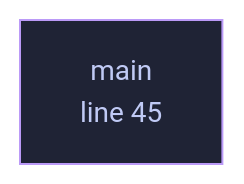
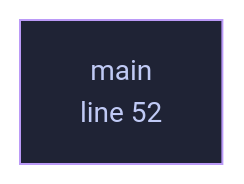
One commit to tilas01/veilvoice changed the diagram in docs/files/veilvoice-gui/main.md. Above: the diagram before and after it, drawn with Mermaid. The commit also changed other lines of this file and 56 other files, not shown here.

````diff
--- a/docs/files/veilvoice-gui/main.md
+++ b/docs/files/veilvoice-gui/main.md
@@ -72,8 +79,8 @@
 ```mermaid
 %%{init: {"theme":"base","themeVariables":{"background":"#1a1b26","primaryColor":"#1f2335","primaryTextColor":"#c0caf5","primaryBorderColor":"#7aa2f7","secondaryColor":"#16161e","tertiaryColor":"#16161e","lineColor":"#737aa2","textColor":"#c0caf5","mainBkg":"#1f2335","nodeBorder":"#7aa2f7","clusterBkg":"#16161e","clusterBorder":"#2f3549","fontFamily":"ui-monospace, SFMono-Regular, Consolas, monospace","fontSize":"14px"}}}%%
 flowchart TD
-    n_main["main<br/>line 45"]
-    click n_main href "https://github.com/tilas01/veilvoice/blob/main/crates/veilvoice-gui/src/main.rs#L45" "open the source"
+    n_main["main<br/>line 52"]
+    click n_main href "https://github.com/tilas01/veilvoice/blob/main/crates/veilvoice-gui/src/main.rs#L52" "open the source"
     classDef helper fill:#1f2335,stroke:#bb9af7,color:#c0caf5
     class n_main helper
 ```
````
